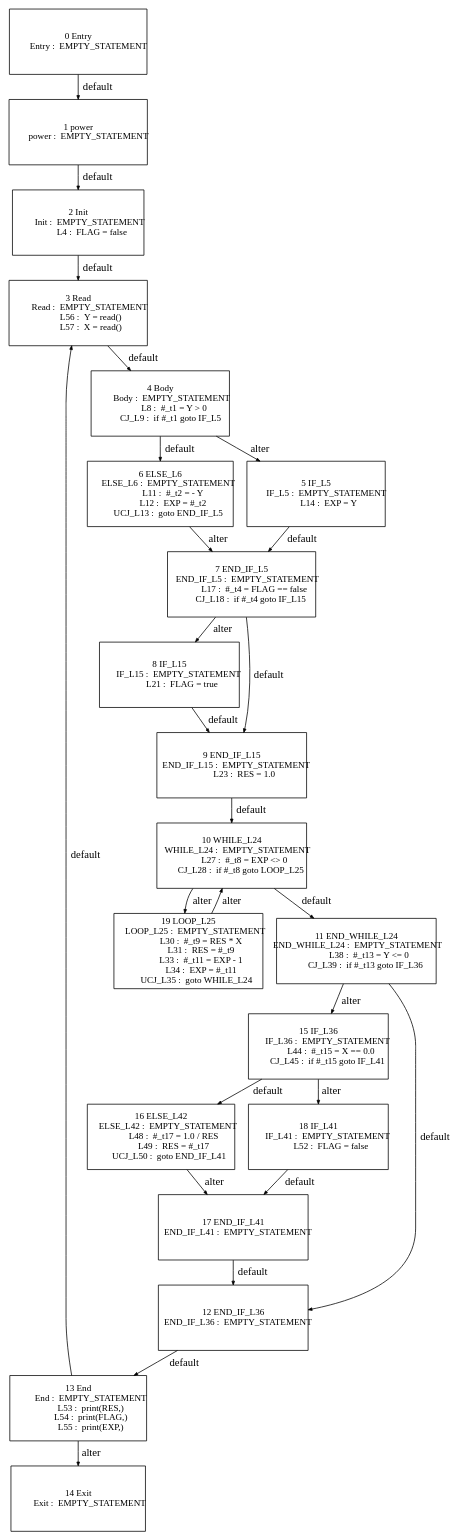
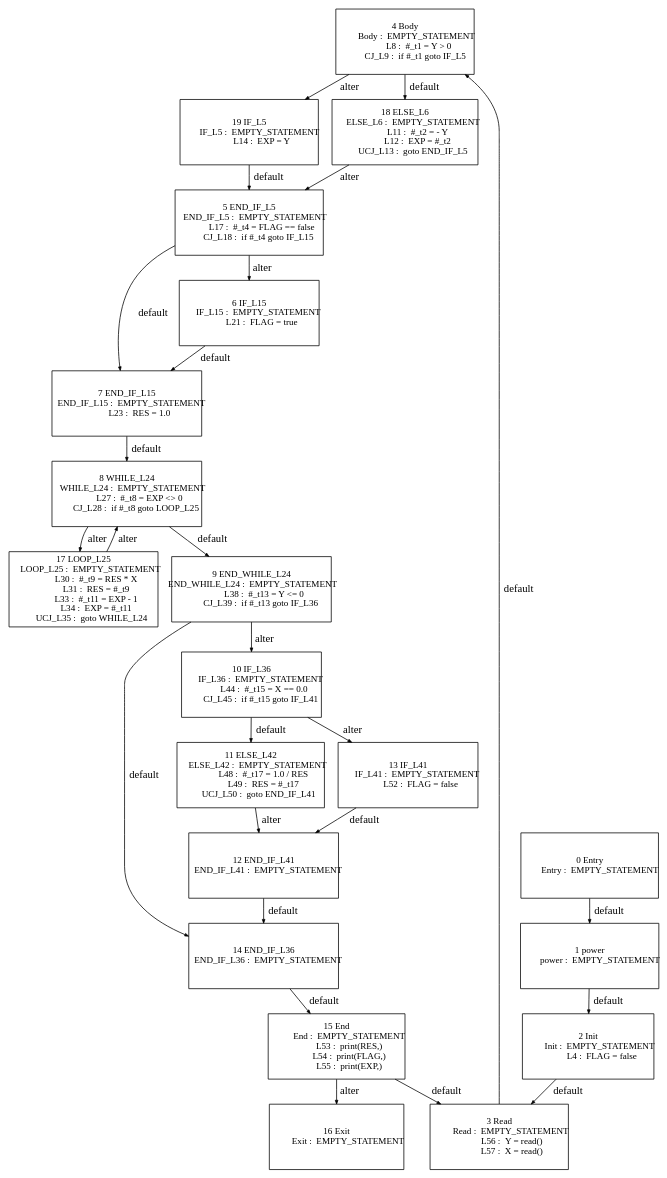
The diagram in tests_programs/paper1_tests/power_output/Graph_DSE_0.dot (Geoffrey1014/ST_DSE), drawn with Graphviz before and after one commit. The commit also changed 181 other files, not shown here.

```diff
--- a/tests_programs/paper1_tests/power_output/Graph_DSE_0.dot
+++ b/tests_programs/paper1_tests/power_output/Graph_DSE_0.dot
@@ -3,77 +3,77 @@
   edge [arrowsize=.5]
   node [shape=rectangle, fontname="ArialNarrow",
         fontsize=12,  height=1.2];
-  "1 power
-          power :  EMPTY_STATEMENT
+  "4 Body
+           Body :  EMPTY_STATEMENT
+             L8 :  #_t1 = Y > 0
+          CJ_L9 :  if #_t1 goto IF_L5
+"; "19 IF_L5
+          IF_L5 :  EMPTY_STATEMENT
+            L14 :  EXP = Y
+"; "11 ELSE_L42
+       ELSE_L42 :  EMPTY_STATEMENT
+            L48 :  #_t17 = 1.0 / RES
+            L49 :  RES = #_t17
+        UCJ_L50 :  goto END_IF_L41
+"; "14 END_IF_L36
+     END_IF_L36 :  EMPTY_STATEMENT
+"; "12 END_IF_L41
+     END_IF_L41 :  EMPTY_STATEMENT
+"; "16 Exit
+           Exit :  EMPTY_STATEMENT
+"; "5 END_IF_L5
+      END_IF_L5 :  EMPTY_STATEMENT
+            L17 :  #_t4 = FLAG == false
+         CJ_L18 :  if #_t4 goto IF_L15
+"; "3 Read
+           Read :  EMPTY_STATEMENT
+            L56 :  Y = read()
+            L57 :  X = read()
+"; "8 WHILE_L24
+      WHILE_L24 :  EMPTY_STATEMENT
+            L27 :  #_t8 = EXP <> 0
+         CJ_L28 :  if #_t8 goto LOOP_L25
+"; "15 End
+            End :  EMPTY_STATEMENT
+            L53 :  print(RES,)
+            L54 :  print(FLAG,)
+            L55 :  print(EXP,)
+"; "0 Entry
+          Entry :  EMPTY_STATEMENT
+"; "10 IF_L36
+         IF_L36 :  EMPTY_STATEMENT
+            L44 :  #_t15 = X == 0.0
+         CJ_L45 :  if #_t15 goto IF_L41
 "; "2 Init
            Init :  EMPTY_STATEMENT
              L4 :  FLAG = false
-"; "4 Body
-           Body :  EMPTY_STATEMENT
-             L8 :  #_t1 = Y > 0
-          CJ_L9 :  if #_t1 goto IF_L5
-"; "6 ELSE_L6
+"; "7 END_IF_L15
+     END_IF_L15 :  EMPTY_STATEMENT
+            L23 :  RES = 1.0
+"; "1 power
+          power :  EMPTY_STATEMENT
+"; "18 ELSE_L6
         ELSE_L6 :  EMPTY_STATEMENT
             L11 :  #_t2 = - Y
             L12 :  EXP = #_t2
         UCJ_L13 :  goto END_IF_L5
-"; "5 IF_L5
-          IF_L5 :  EMPTY_STATEMENT
-            L14 :  EXP = Y
-"; "7 END_IF_L5
-      END_IF_L5 :  EMPTY_STATEMENT
-            L17 :  #_t4 = FLAG == false
-         CJ_L18 :  if #_t4 goto IF_L15
-"; "8 IF_L15
-         IF_L15 :  EMPTY_STATEMENT
-            L21 :  FLAG = true
-"; "9 END_IF_L15
-     END_IF_L15 :  EMPTY_STATEMENT
-            L23 :  RES = 1.0
-"; "10 WHILE_L24
-      WHILE_L24 :  EMPTY_STATEMENT
-            L27 :  #_t8 = EXP <> 0
-         CJ_L28 :  if #_t8 goto LOOP_L25
-"; "19 LOOP_L25
+"; "13 IF_L41
+         IF_L41 :  EMPTY_STATEMENT
+            L52 :  FLAG = false
+"; "17 LOOP_L25
        LOOP_L25 :  EMPTY_STATEMENT
             L30 :  #_t9 = RES * X
             L31 :  RES = #_t9
             L33 :  #_t11 = EXP - 1
             L34 :  EXP = #_t11
         UCJ_L35 :  goto WHILE_L24
-"; "11 END_WHILE_L24
+"; "6 IF_L15
+         IF_L15 :  EMPTY_STATEMENT
+            L21 :  FLAG = true
+"; "9 END_WHILE_L24
   END_WHILE_L24 :  EMPTY_STATEMENT
             L38 :  #_t13 = Y <= 0
          CJ_L39 :  if #_t13 goto IF_L36
-"; "15 IF_L36
-         IF_L36 :  EMPTY_STATEMENT
-            L44 :  #_t15 = X == 0.0
-         CJ_L45 :  if #_t15 goto IF_L41
-"; "16 ELSE_L42
-       ELSE_L42 :  EMPTY_STATEMENT
-            L48 :  #_t17 = 1.0 / RES
-            L49 :  RES = #_t17
-        UCJ_L50 :  goto END_IF_L41
-"; "18 IF_L41
-         IF_L41 :  EMPTY_STATEMENT
-            L52 :  FLAG = false
-"; "17 END_IF_L41
-     END_IF_L41 :  EMPTY_STATEMENT
-"; "12 END_IF_L36
-     END_IF_L36 :  EMPTY_STATEMENT
-"; "0 Entry
-          Entry :  EMPTY_STATEMENT
-"; "13 End
-            End :  EMPTY_STATEMENT
-            L53 :  print(RES,)
-            L54 :  print(FLAG,)
-            L55 :  print(EXP,)
-"; "3 Read
-           Read :  EMPTY_STATEMENT
-            L56 :  Y = read()
-            L57 :  X = read()
-"; "14 Exit
-           Exit :  EMPTY_STATEMENT
 "; 
   "1 power
           power :  EMPTY_STATEMENT
@@ -93,7 +93,7 @@
            Body :  EMPTY_STATEMENT
              L8 :  #_t1 = Y > 0
           CJ_L9 :  if #_t1 goto IF_L5
-" -> "6 ELSE_L6
+" -> "18 ELSE_L6
         ELSE_L6 :  EMPTY_STATEMENT
             L11 :  #_t2 = - Y
             L12 :  EXP = #_t2
@@ -103,73 +103,73 @@
            Body :  EMPTY_STATEMENT
              L8 :  #_t1 = Y > 0
           CJ_L9 :  if #_t1 goto IF_L5
-" -> "5 IF_L5
+" -> "19 IF_L5
           IF_L5 :  EMPTY_STATEMENT
             L14 :  EXP = Y
 "  [label="alter"];
-  "6 ELSE_L6
+  "18 ELSE_L6
         ELSE_L6 :  EMPTY_STATEMENT
             L11 :  #_t2 = - Y
             L12 :  EXP = #_t2
         UCJ_L13 :  goto END_IF_L5
-" -> "7 END_IF_L5
+" -> "5 END_IF_L5
       END_IF_L5 :  EMPTY_STATEMENT
             L17 :  #_t4 = FLAG == false
          CJ_L18 :  if #_t4 goto IF_L15
 "  [label="alter"];
-  "5 IF_L5
+  "19 IF_L5
           IF_L5 :  EMPTY_STATEMENT
             L14 :  EXP = Y
-" -> "7 END_IF_L5
+" -> "5 END_IF_L5
       END_IF_L5 :  EMPTY_STATEMENT
             L17 :  #_t4 = FLAG == false
          CJ_L18 :  if #_t4 goto IF_L15
 "  [label="default"];
-  "7 END_IF_L5
+  "5 END_IF_L5
       END_IF_L5 :  EMPTY_STATEMENT
             L17 :  #_t4 = FLAG == false
          CJ_L18 :  if #_t4 goto IF_L15
-" -> "9 END_IF_L15
+" -> "7 END_IF_L15
      END_IF_L15 :  EMPTY_STATEMENT
             L23 :  RES = 1.0
 "  [label="default"];
-  "7 END_IF_L5
+  "5 END_IF_L5
       END_IF_L5 :  EMPTY_STATEMENT
             L17 :  #_t4 = FLAG == false
          CJ_L18 :  if #_t4 goto IF_L15
-" -> "8 IF_L15
+" -> "6 IF_L15
          IF_L15 :  EMPTY_STATEMENT
             L21 :  FLAG = true
 "  [label="alter"];
-  "8 IF_L15
+  "6 IF_L15
          IF_L15 :  EMPTY_STATEMENT
             L21 :  FLAG = true
-" -> "9 END_IF_L15
+" -> "7 END_IF_L15
      END_IF_L15 :  EMPTY_STATEMENT
             L23 :  RES = 1.0
 "  [label="default"];
-  "9 END_IF_L15
+  "7 END_IF_L15
      END_IF_L15 :  EMPTY_STATEMENT
             L23 :  RES = 1.0
-" -> "10 WHILE_L24
+" -> "8 WHILE_L24
       WHILE_L24 :  EMPTY_STATEMENT
             L27 :  #_t8 = EXP <> 0
          CJ_L28 :  if #_t8 goto LOOP_L25
 "  [label="default"];
-  "10 WHILE_L24
+  "8 WHILE_L24
       WHILE_L24 :  EMPTY_STATEMENT
             L27 :  #_t8 = EXP <> 0
          CJ_L28 :  if #_t8 goto LOOP_L25
-" -> "11 END_WHILE_L24
+" -> "9 END_WHILE_L24
   END_WHILE_L24 :  EMPTY_STATEMENT
             L38 :  #_t13 = Y <= 0
          CJ_L39 :  if #_t13 goto IF_L36
 "  [label="default"];
-  "10 WHILE_L24
+  "8 WHILE_L24
       WHILE_L24 :  EMPTY_STATEMENT
             L27 :  #_t8 = EXP <> 0
          CJ_L28 :  if #_t8 goto LOOP_L25
-" -> "19 LOOP_L25
+" -> "17 LOOP_L25
        LOOP_L25 :  EMPTY_STATEMENT
             L30 :  #_t9 = RES * X
             L31 :  RES = #_t9
@@ -177,74 +177,74 @@
             L34 :  EXP = #_t11
         UCJ_L35 :  goto WHILE_L24
 "  [label="alter"];
-  "19 LOOP_L25
+  "17 LOOP_L25
        LOOP_L25 :  EMPTY_STATEMENT
             L30 :  #_t9 = RES * X
             L31 :  RES = #_t9
             L33 :  #_t11 = EXP - 1
             L34 :  EXP = #_t11
         UCJ_L35 :  goto WHILE_L24
-" -> "10 WHILE_L24
+" -> "8 WHILE_L24
       WHILE_L24 :  EMPTY_STATEMENT
             L27 :  #_t8 = EXP <> 0
          CJ_L28 :  if #_t8 goto LOOP_L25
 "  [label="alter"];
-  "11 END_WHILE_L24
+  "9 END_WHILE_L24
   END_WHILE_L24 :  EMPTY_STATEMENT
             L38 :  #_t13 = Y <= 0
          CJ_L39 :  if #_t13 goto IF_L36
-" -> "12 END_IF_L36
+" -> "14 END_IF_L36
      END_IF_L36 :  EMPTY_STATEMENT
 "  [label="default"];
-  "11 END_WHILE_L24
+  "9 END_WHILE_L24
   END_WHILE_L24 :  EMPTY_STATEMENT
             L38 :  #_t13 = Y <= 0
          CJ_L39 :  if #_t13 goto IF_L36
-" -> "15 IF_L36
+" -> "10 IF_L36
          IF_L36 :  EMPTY_STATEMENT
             L44 :  #_t15 = X == 0.0
          CJ_L45 :  if #_t15 goto IF_L41
 "  [label="alter"];
-  "15 IF_L36
+  "10 IF_L36
          IF_L36 :  EMPTY_STATEMENT
             L44 :  #_t15 = X == 0.0
          CJ_L45 :  if #_t15 goto IF_L41
-" -> "16 ELSE_L42
+" -> "11 ELSE_L42
        ELSE_L42 :  EMPTY_STATEMENT
             L48 :  #_t17 = 1.0 / RES
             L49 :  RES = #_t17
         UCJ_L50 :  goto END_IF_L41
 "  [label="default"];
-  "15 IF_L36
+  "10 IF_L36
          IF_L36 :  EMPTY_STATEMENT
             L44 :  #_t15 = X == 0.0
          CJ_L45 :  if #_t15 goto IF_L41
-" -> "18 IF_L41
+" -> "13 IF_L41
          IF_L41 :  EMPTY_STATEMENT
             L52 :  FLAG = false
 "  [label="alter"];
-  "16 ELSE_L42
+  "11 ELSE_L42
        ELSE_L42 :  EMPTY_STATEMENT
             L48 :  #_t17 = 1.0 / RES
             L49 :  RES = #_t17
         UCJ_L50 :  goto END_IF_L41
-" -> "17 END_IF_L41
+" -> "12 END_IF_L41
      END_IF_L41 :  EMPTY_STATEMENT
 "  [label="alter"];
-  "18 IF_L41
+  "13 IF_L41
          IF_L41 :  EMPTY_STATEMENT
             L52 :  FLAG = false
-" -> "17 END_IF_L41
+" -> "12 END_IF_L41
      END_IF_L41 :  EMPTY_STATEMENT
 "  [label="default"];
-  "17 END_IF_L41
+  "12 END_IF_L41
      END_IF_L41 :  EMPTY_STATEMENT
-" -> "12 END_IF_L36
+" -> "14 END_IF_L36
      END_IF_L36 :  EMPTY_STATEMENT
 "  [label="default"];
-  "12 END_IF_L36
+  "14 END_IF_L36
      END_IF_L36 :  EMPTY_STATEMENT
-" -> "13 End
+" -> "15 End
             End :  EMPTY_STATEMENT
             L53 :  print(RES,)
             L54 :  print(FLAG,)
@@ -255,7 +255,7 @@
 " -> "1 power
           power :  EMPTY_STATEMENT
 "  [label="default"];
-  "13 End
+  "15 End
             End :  EMPTY_STATEMENT
             L53 :  print(RES,)
             L54 :  print(FLAG,)
@@ -265,12 +265,12 @@
             L56 :  Y = read()
             L57 :  X = read()
 "  [label="default"];
-  "13 End
+  "15 End
             End :  EMPTY_STATEMENT
             L53 :  print(RES,)
             L54 :  print(FLAG,)
             L55 :  print(EXP,)
-" -> "14 Exit
+" -> "16 Exit
            Exit :  EMPTY_STATEMENT
 "  [label="alter"];
   "3 Read
```
